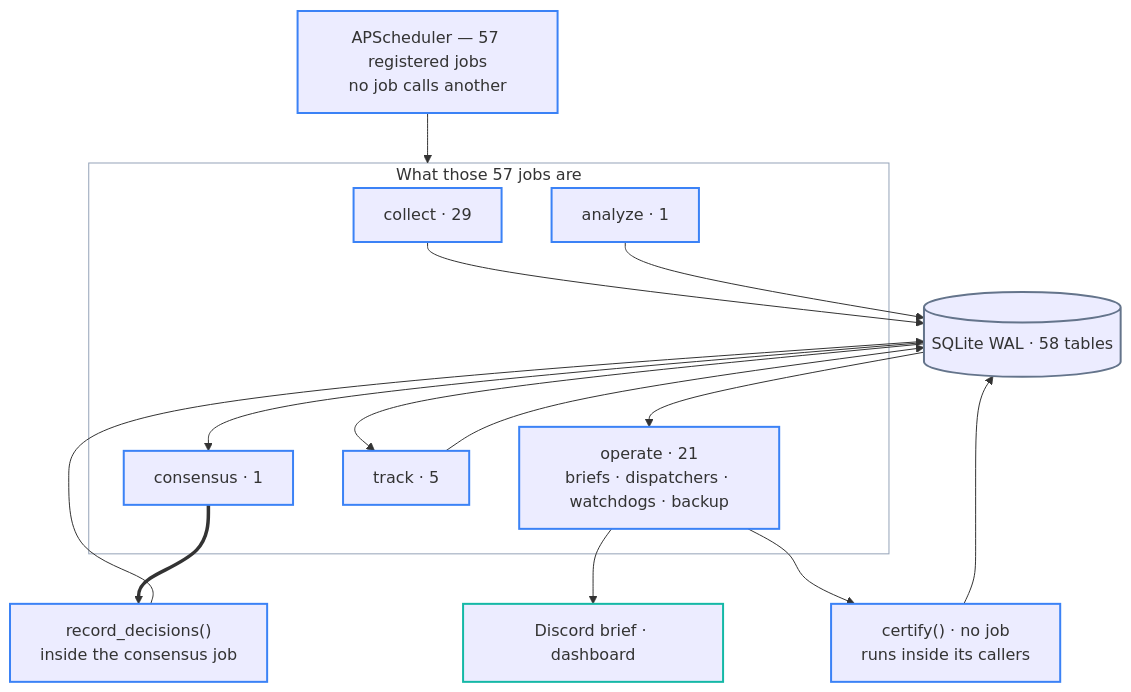
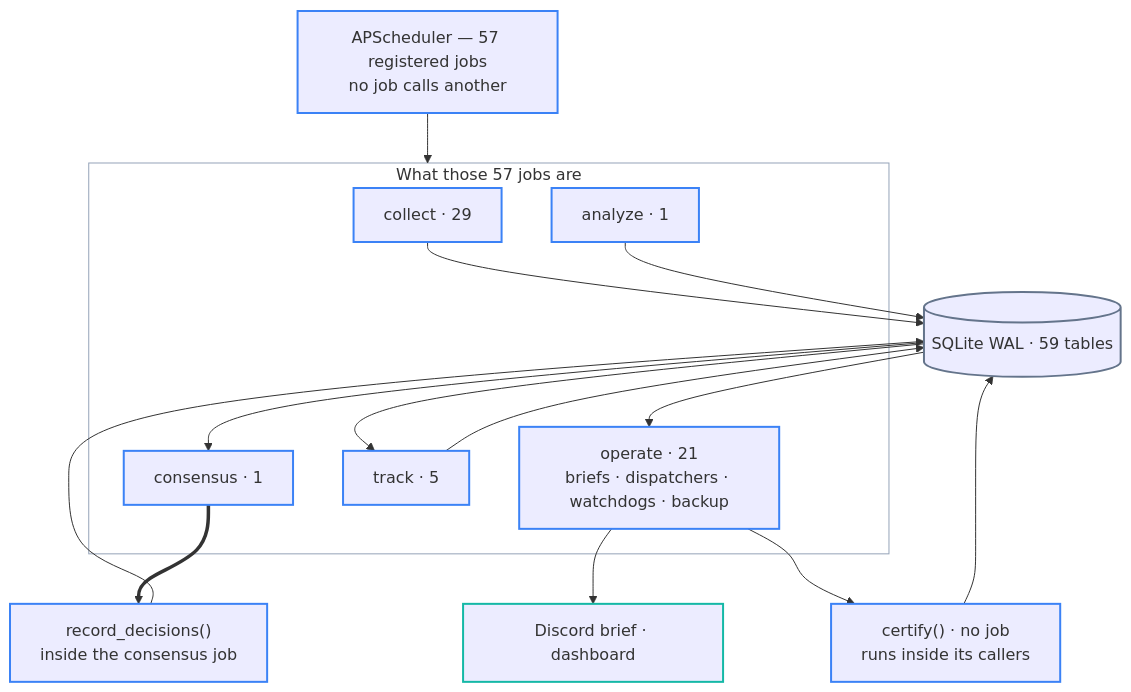
The second of 4 diagrams in README.md (researcherhojin/nuri-quant), drawn with Mermaid before and after one commit. The commit also changed other lines of this file and 12 other files, not shown here.

````diff
--- a/README.md
+++ b/README.md
@@ -83,38 +83,38 @@
 ```mermaid
 flowchart TB
     CLOCK["APScheduler — 57 registered jobs<br/>no job calls another"]
 
     subgraph JOBS["What those 57 jobs are"]
         JC["collect · 29"]
         JA["analyze · 1"]
         JD["consensus · 1"]
         JT["track · 5"]
         JO["operate · 21<br/>briefs · dispatchers · watchdogs · backup"]
     end
 
-    DB[("SQLite WAL · 58 tables")]
+    DB[("SQLite WAL · 59 tables")]
     RD["record_decisions()<br/>inside the consensus job"]
     CERT["certify() · no job<br/>runs inside its callers"]
     OUT["Discord brief · dashboard"]
 
     CLOCK --> JOBS
     JC --> DB
     JA --> DB
     DB --> JD
     JD ==> RD
     RD --> DB
     DB --> JT
     JT --> DB
     DB --> JO --> OUT
     JO --> CERT
     CERT --> DB
 
     classDef step  stroke:#3b82f6,stroke-width:2px
     classDef store stroke:#64748b,stroke-width:2px
     classDef out   stroke:#14b8a6,stroke-width:2px
     classDef zone  fill:none,stroke:#94a3b8,stroke-width:1px
     class CLOCK,JC,JA,JD,JT,JO,RD,CERT step
     class DB store
     class OUT out
     class JOBS zone
 ```
````
